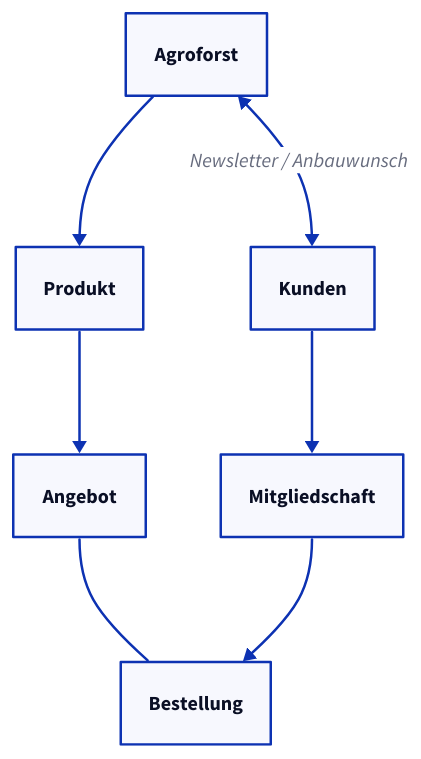
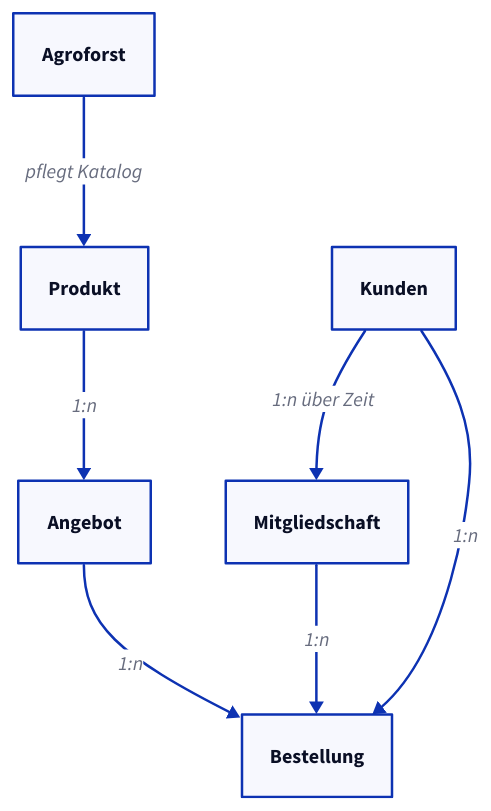
The diagram in schema.d2 (floherzler/agroforst-ff), drawn with D2 before and after one commit. The commit also changed 15 other files, not shown here.

Commit message:
Align Appwrite relationship schema and server flows

```diff
--- a/schema.d2
+++ b/schema.d2
@@ -1,5 +1,8 @@
 direction: down
 
-Agroforst <-> Kunden: Newsletter / Anbauwunsch
-
-Agroforst -> Produkt -> Angebot -- Bestellung <- Mitgliedschaft <- Kunden
+Agroforst -> Produkt: pflegt Katalog
+Produkt -> Angebot: 1:n
+Kunden -> Mitgliedschaft: 1:n über Zeit
+Angebot -> Bestellung: 1:n
+Mitgliedschaft -> Bestellung: 1:n
+Kunden -> Bestellung: 1:n
```
